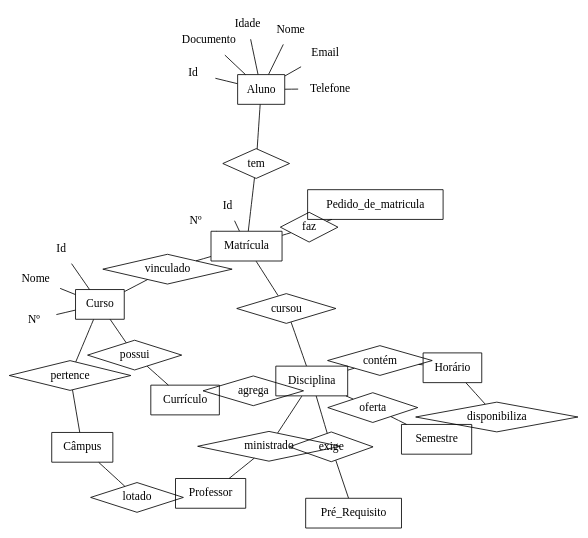
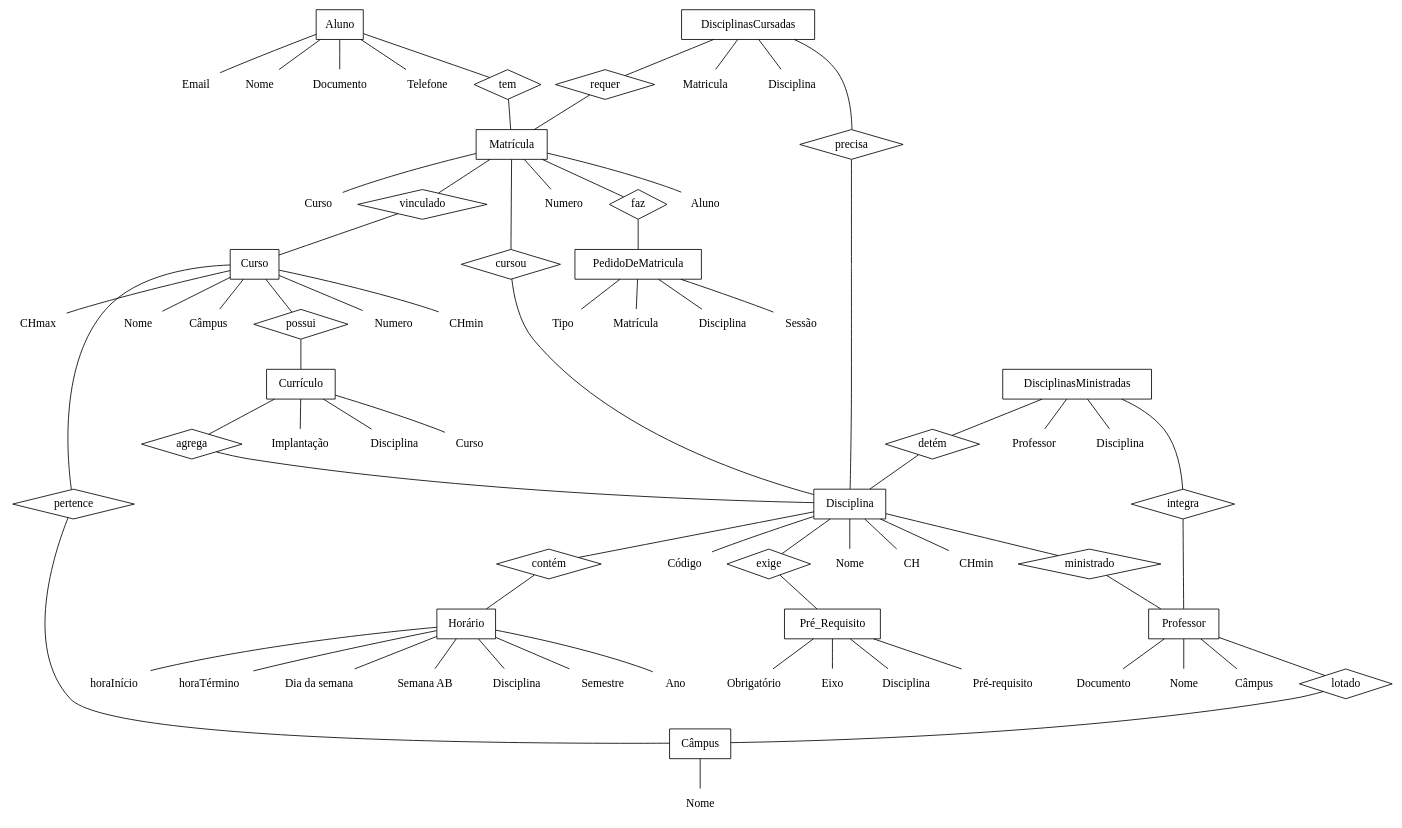
The diagram in diagramaER.dot (MariosAndre/IFSC-BCD-2016-2), drawn with Graphviz before and after one commit.

```diff
--- a/diagramaER.dot
+++ b/diagramaER.dot
@@ -1,134 +1,186 @@
 graph diagramaER {
-  layout = neato
-  layout = neato
+  //layout = neato
  
   // Entidades
   Aluno [shape=record]
   Curso  [shape=record]
-  Disciplina [shape=record]
-  Horário [shape=record]
+  Câmpus [shape=record]
   Professor [shape=record]
   Matrícula [shape=record]
-  Câmpus [shape=record]
+  DisciplinasCursadas [shape=record]
+  Horário [shape=record]
+  PedidoDeMatricula [shape=record]
+  DisciplinasMinistradas [shape=record]
   Currículo [shape=record]
-  Semestre [shape=record]
-  Pedido_de_matricula [shape=record]
+  Disciplina [shape=record]
   Pré_Requisito [shape=record]
  
   // Atributos Aluno
-  IdAluno [shape=plaintext,label="Id"]
   NomeAluno [shape=plaintext,label="Nome"]
-  IdadeAluno [shape=plaintext,label="Idade"]
   DocumentoAluno [shape=plaintext,label="Documento"]
   TelefoneAluno [shape=plaintext,label="Telefone"]
   EmailAluno [shape=plaintext,label="Email"]
 
+  // Atributos Curso
+  NumeroCurso [shape=plaintext,label="Numero"]
+  CHminCurso [shape=plaintext,label="CHmin"]
+  CHmaxCurso [shape=plaintext,label="CHmax"]
+  NomeCurso [shape=plaintext,label="Nome"]
+  CampusCurso [shape=plaintext,label="Câmpus"]  
+
+  // Atributos Câmpus
+  NomeCampus [shape=plaintext,label="Nome"]  
+
+  // Atributos Professor
+  DocumentoProfessor [shape=plaintext,label="Documento"]
+  NomeProfessor [shape=plaintext,label="Nome"] 
+  CampusProfessor [shape=plaintext,label="Câmpus"]    
+
   // Atributos Matrícula
-  IdMatrícula [shape=plaintext,label="Id"]
-  NumeroMatrícula [shape=plaintext,label="Nº"]
+  NumeroMatrícula [shape=plaintext,label="Numero"]
+  AlunoMatrícula [shape=plaintext,label="Aluno"]
+  CursoMatrícula [shape=plaintext,label="Curso"]
 
-  // Atributos Curso
-  IdCurso [shape=plaintext,label="Id"]
-  NomeCurso [shape=plaintext,label="Nome"]
-  NumeroCurso [shape=plaintext,label="Nº"]
+  // Atributos DisciplinasCursadas
+  MatriculaDisciplinasCursadas [shape=plaintext,label="Matricula"]
+  DisciplinaDisciplinasCursadas [shape=plaintext,label="Disciplina"]
 
-  
-  /*Aula [shape=plaintext]
-  CH [shape=plaintext]
-  CHmínima [shape=plaintext]
-  CódigoCurso [shape=plaintext,label="Código"]
-  CódigoDisciplina [shape=plaintext,label="Código"]
-  CPF [shape=plaintext]
-  Dia [shape=plaintext]
-  Fase [shape=plaintext]
-  Matrícula [shape=plaintext]
-  NomeAluno [shape=plaintext,label="Nome"]
-  NomeCurso [shape=plaintext,label="Nome"]
-  NomeProfessor [shape=plaintext,label="Nome"]
-  SemanaAB [shape=plaintext,label="Semana AB"]
-  Semestre [shape=plaintext]
-  SIAPE [shape=plaintext]
-  Turno [shape=plaintext]*/
+  // Atributos Horário
+  horaInicioHorário [shape=plaintext,label="horaInício"]
+  horaTerminoHorário [shape=plaintext,label="horaTérmino"]
+  diaDaSemanaHorário [shape=plaintext,label="Dia da semana"]
+  SemanaABHorário [shape=plaintext,label="Semana AB"]
+  DisciplinaHorário [shape=plaintext,label="Disciplina"]
+  SemestreHorário [shape=plaintext,label="Semestre"]
+  AnoHorário [shape=plaintext,label="Ano"]
 
-    // Verbos
-    tem [shape=diamond]
-    cursou [shape=diamond]
-    faz [shape=diamond]
-    vinculado [shape=diamond]
-    pertence [shape=diamond]
-    possui [shape=diamond]
-    lotado [shape=diamond]
-    agrega [shape=diamond]
-    ministrado [shape=diamond]
-    oferta [shape=diamond]
-    contém [shape=diamond]
-    exige [shape=diamond]
-    disponibiliza [shape=diamond]
+  // Atributos PedidoDeMatricula
+  SessaoPedidoDeMatricula [shape=plaintext,label="Sessão"]
+  TipoPedidoDeMatricula [shape=plaintext,label="Tipo"]
+  MatriculaPedidoDeMatricula [shape=plaintext,label="Matrícula"]
+  DisciplinaPedidoDeMatricula [shape=plaintext,label="Disciplina"]
+
+  // Atributos DisciplinasMinistradas
+  ProfessorDisciplinasMinistradas [shape=plaintext,label="Professor"]
+  DisciplinaDisciplinasMinistradas [shape=plaintext,label="Disciplina"]
  
-  //Relacionamentos
-  /*Calendário [shape=diamond]
-  Estuda [shape=diamond]
-  Grade [shape=diamond]
-  Leciona [shape=diamond]
-  PréRequisito [shape=diamond]
-  ProcessoDeMatrícula [shape=diamond]*/
+  // Atributos Currículo
+  CursoCurrículo [shape=plaintext,label="Curso"]
+  ImplantacaoCurrículo [shape=plaintext,label="Implantação"]
+  DisciplinaCurrículo [shape=plaintext,label="Disciplina"]
 
-  //Ligações
-  Aluno -- IdAluno
+  // Atributos Disciplina
+  CodigoDisciplina [shape=plaintext,label="Código"]
+  NomeDisciplina [shape=plaintext,label="Nome"]
+  CHDisciplina [shape=plaintext,label="CH"]
+  CHminDisciplina [shape=plaintext,label="CHmin"]
+
+  // Atributos Pré_Requisito
+  ObrigatorioPré_Requisito [shape=plaintext,label="Obrigatório"]
+  EixoPré_Requisito [shape=plaintext,label="Eixo"]
+  DisciplinaPré_Requisito [shape=plaintext,label="Disciplina"]
+  preRequisitoPré_Requisito [shape=plaintext,label="Pré-requisito"]
+
+
+  // Verbos
+  tem [shape=diamond]
+  cursou [shape=diamond]
+  faz [shape=diamond]
+  vinculado [shape=diamond]
+  pertence [shape=diamond]
+  possui [shape=diamond]
+  lotado [shape=diamond]
+  agrega [shape=diamond]
+  ministrado [shape=diamond]
+  requer [shape=diamond]
+  contém [shape=diamond]
+  exige [shape=diamond]
+  precisa [shape=diamond]
+  detém [shape=diamond]
+  integra [shape=diamond]
+
+  //Ligações atributos Aluno a entidade Aluno
   Aluno -- NomeAluno
-  Aluno -- IdadeAluno
   Aluno -- DocumentoAluno
   Aluno -- TelefoneAluno
   Aluno -- EmailAluno
 
-  Matrícula -- IdMatrícula
+  //Ligações atributos Curso a entidade Curso
+  Curso -- NumeroCurso
+  Curso -- CHminCurso
+  Curso -- CHmaxCurso
+  Curso -- NomeCurso
+  Curso -- CampusCurso
+
+  //Ligações atributos Campus a entidade Campus
+  Câmpus -- NomeCampus
+
+  //Ligações atributos Professor a entidade Professor
+  Professor -- DocumentoProfessor
+  Professor -- NomeProfessor
+  Professor -- CampusProfessor
+ 
+  //Ligações atributos Matricula a entidade Matricula
   Matrícula -- NumeroMatrícula
+  Matrícula -- AlunoMatrícula
+  Matrícula -- CursoMatrícula
+  
+  //Ligações atributos DisciplinasCursadas a entidade DisciplinasCursadas
+  DisciplinasCursadas -- MatriculaDisciplinasCursadas
+  DisciplinasCursadas -- DisciplinaDisciplinasCursadas
 
-  Curso -- IdCurso
-  Curso -- NomeCurso
-  Curso -- NumeroCurso
+  //Ligações atributos Horário a entidade Horário
+  Horário -- horaInicioHorário
+  Horário -- horaTerminoHorário
+  Horário -- diaDaSemanaHorário
+  Horário -- SemanaABHorário
+  Horário -- DisciplinaHorário
+  Horário -- SemestreHorário
+  Horário -- AnoHorário
+
+  //Ligações atributos PedidoDeMatricula a entidade PedidoDeMatricula
+  PedidoDeMatricula -- SessaoPedidoDeMatricula
+  PedidoDeMatricula -- TipoPedidoDeMatricula
+  PedidoDeMatricula -- MatriculaPedidoDeMatricula
+  PedidoDeMatricula -- DisciplinaPedidoDeMatricula
+
+  //Ligações atributos DisciplinasMinistradas a entidade DisciplinasMinistradas
+  DisciplinasMinistradas -- ProfessorDisciplinasMinistradas
+  DisciplinasMinistradas -- DisciplinaDisciplinasMinistradas
+
+  //Ligações atributos Currículo a entidade Currículo
+  Currículo -- CursoCurrículo
+  Currículo -- ImplantacaoCurrículo
+  Currículo -- DisciplinaCurrículo
+
+  //Ligações atributos Disciplina a entidade Disciplina
+  Disciplina -- CodigoDisciplina
+  Disciplina -- NomeDisciplina
+  Disciplina -- CHDisciplina
+  Disciplina -- CHminDisciplina
+
+  //Ligações atributos Pré_Requisito a entidade Pré_Requisito
+  Pré_Requisito -- ObrigatorioPré_Requisito
+  Pré_Requisito -- EixoPré_Requisito
+  Pré_Requisito -- DisciplinaPré_Requisito
+  Pré_Requisito -- preRequisitoPré_Requisito
   
-  /*Aluno -- CPF
-  Aluno -- Estuda [label="0..N"]
   
-  Aluno -- ProcessoDeMatrícula [label="0..N"]
-  Curso -- CódigoCurso
-  Curso -- Estuda [label="0..N"]
-  Curso -- Grade [label="1"]
-  Curso -- NomeCurso
-  Disciplina -- Calendário [label="1"]
-  Disciplina -- CH
-  Disciplina -- CHmínima
-  Disciplina -- CódigoDisciplina
-  Disciplina -- Fase
-  Disciplina -- Grade [label="0..N"]
-  Disciplina -- Leciona [label="0..N"]
-  Disciplina -- PréRequisito [label="0..N"]
-  Disciplina -- PréRequisito [label="1"]
-  Disciplina -- ProcessoDeMatrícula [label="0..N"]
-  Estuda -- Matrícula
-  Horário -- Aula
-  Horário -- Calendário [label="0..N"]
-  Horário -- Dia
-  Horário -- SemanaAB
-  Horário -- Semestre
-  Horário -- Turno
-  Professor -- Leciona [label="0..1"]
-  Professor -- NomeProfessor
-  Professor -- SIAPE*/
-    
-    // Ligações
-    Aluno -- tem -- Matrícula
-    Matrícula -- cursou -- Disciplina
-    Matrícula -- faz -- Pedido_de_matricula
-    Matrícula -- vinculado -- Curso
-    Curso -- pertence -- Câmpus
-    Curso -- possui -- Currículo
-    Professor -- lotado -- Câmpus
-    Disciplina -- ministrado -- Professor
-    Currículo -- agrega -- Disciplina
-    Semestre -- oferta -- Disciplina
-    Semestre -- disponibiliza -- Horário
-    Disciplina -- contém -- Horário
-    Disciplina -- exige -- Pré_Requisito
+  // Ligações entre Entidades
+  Aluno -- tem -- Matrícula
+  Matrícula -- cursou -- Disciplina
+  Matrícula -- faz -- PedidoDeMatricula
+  Matrícula -- vinculado -- Curso
+  Curso -- pertence -- Câmpus
+  Curso -- possui -- Currículo
+  Professor -- lotado -- Câmpus
+  Disciplina -- ministrado -- Professor
+  Currículo -- agrega -- Disciplina
+  DisciplinasCursadas -- requer -- Matrícula
+  DisciplinasCursadas -- precisa -- Disciplina
+  Disciplina -- contém -- Horário
+  Disciplina -- exige -- Pré_Requisito
+  DisciplinasMinistradas -- detém -- Disciplina
+  DisciplinasMinistradas -- integra -- Professor
+
 }
```
